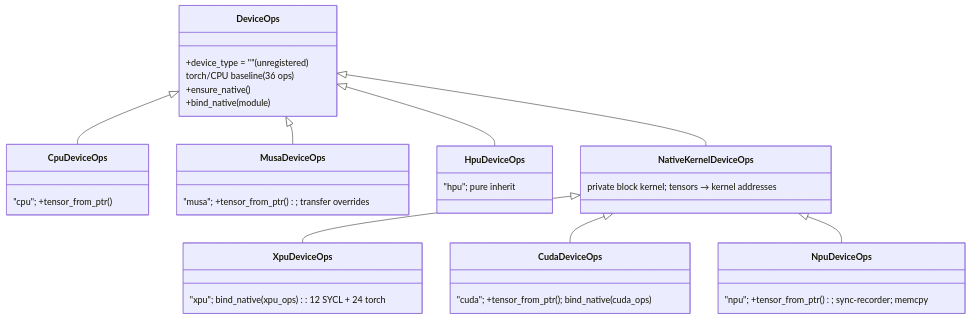
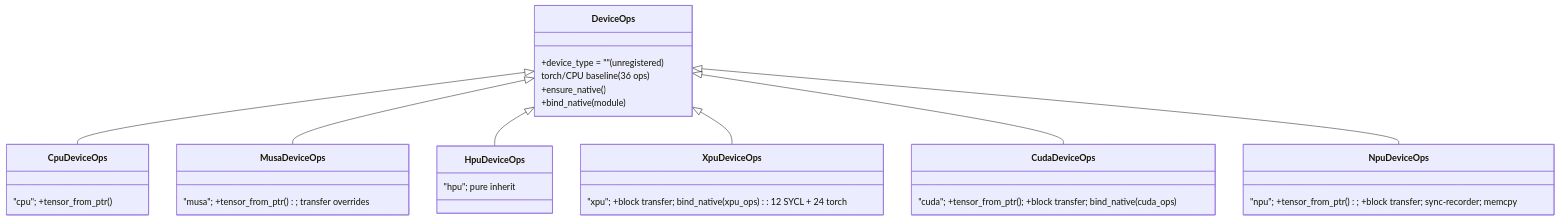
One commit to LMCache/LMCache changed the diagram in docs/design/v1/platform/device_ops_design.md. Above: the diagram before and after it, drawn with Mermaid. The commit also changed other lines of this file and 11 other files, not shown here.

First line of the commit message:
[Platform] Drop NativeKernelDeviceOps; backends override block transfer directly

````diff
--- a/docs/design/v1/platform/device_ops_design.md
+++ b/docs/design/v1/platform/device_ops_design.md
@@ -188,23 +193,21 @@
 ```mermaid
 classDiagram
     DeviceOps <|-- CpuDeviceOps
     DeviceOps <|-- MusaDeviceOps
     DeviceOps <|-- HpuDeviceOps
-    DeviceOps <|-- NativeKernelDeviceOps
-    NativeKernelDeviceOps <|-- XpuDeviceOps
-    NativeKernelDeviceOps <|-- CudaDeviceOps
-    NativeKernelDeviceOps <|-- NpuDeviceOps
+    DeviceOps <|-- XpuDeviceOps
+    DeviceOps <|-- CudaDeviceOps
+    DeviceOps <|-- NpuDeviceOps
     class DeviceOps {
       +device_type = "" (unregistered)
       torch/CPU baseline (36 ops)
       +ensure_native()
       +bind_native(module)
     }
-    class NativeKernelDeviceOps { private block kernel; tensors → kernel addresses }
     class CpuDeviceOps { "cpu"; +tensor_from_ptr() }
-    class CudaDeviceOps { "cuda"; +tensor_from_ptr(); bind_native(cuda_ops) }
-    class XpuDeviceOps { "xpu"; bind_native(xpu_ops): 12 SYCL + 24 torch }
+    class CudaDeviceOps { "cuda"; +tensor_from_ptr(); +block transfer; bind_native(cuda_ops) }
+    class XpuDeviceOps { "xpu"; +block transfer; bind_native(xpu_ops): 12 SYCL + 24 torch }
     class MusaDeviceOps { "musa"; +tensor_from_ptr(); transfer overrides }
-    class NpuDeviceOps { "npu"; +tensor_from_ptr(); sync-recorder; memcpy }
+    class NpuDeviceOps { "npu"; +tensor_from_ptr(); +block transfer; sync-recorder; memcpy }
     class HpuDeviceOps { "hpu"; pure inherit }
 ```
````
